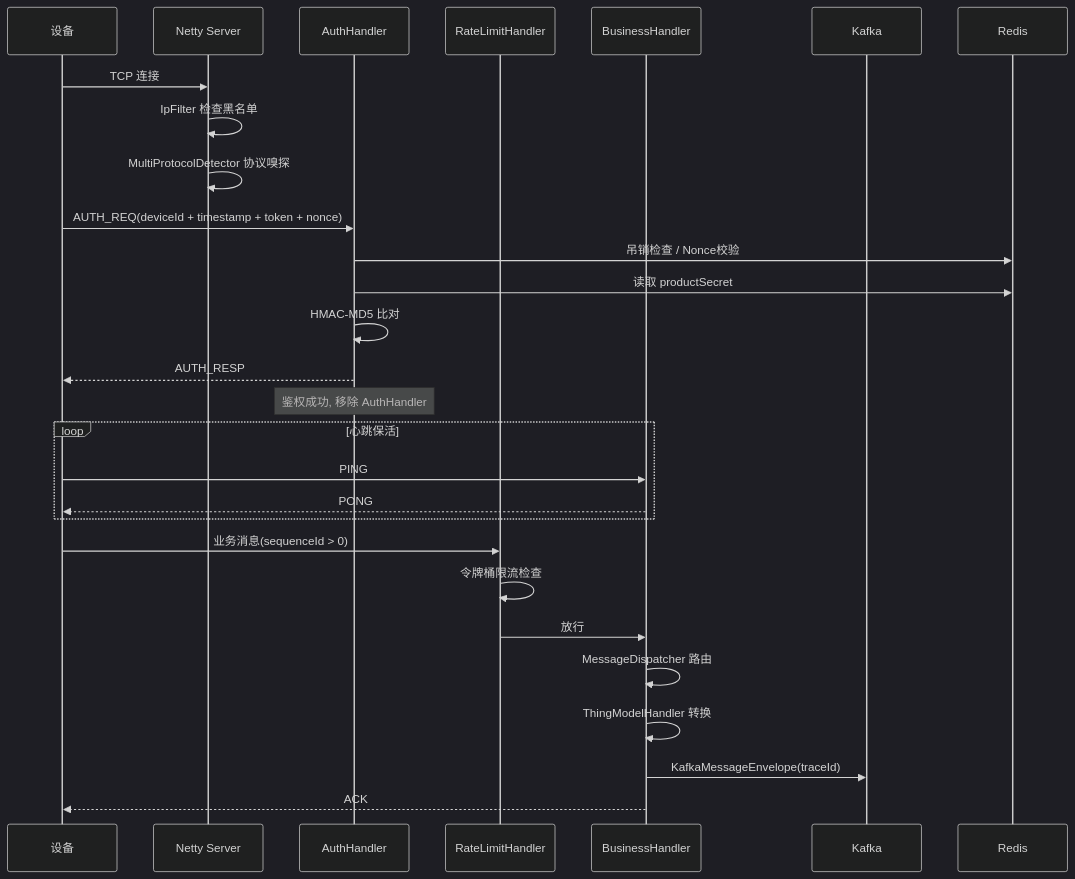
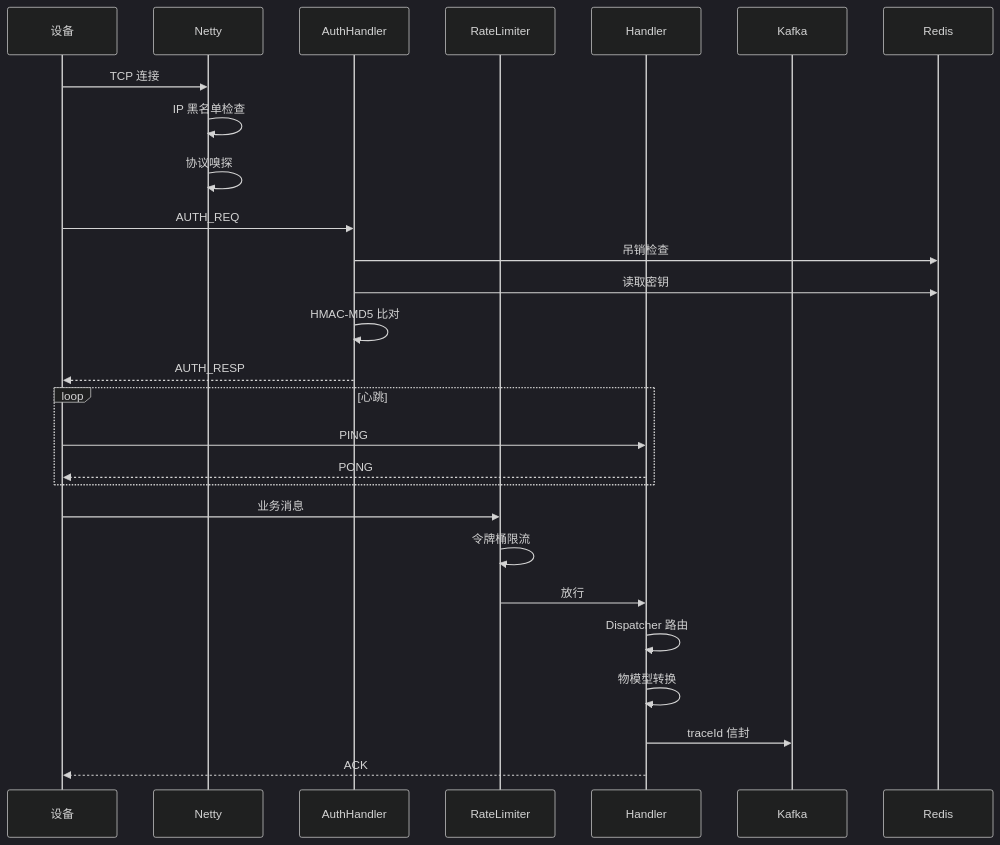
The second of 3 diagrams in README.md (xieshuang/device_server), drawn with Mermaid (dark theme) before and after one commit. The commit also changed other lines of this file, not shown here.

First line of the commit message:
fix: Mermaid架构图兼容性修复

````diff
--- a/README.md
+++ b/README.md
@@ -73,33 +67,32 @@
 ```mermaid
 sequenceDiagram
     participant D as 设备
-    participant N as Netty Server
+    participant N as Netty
     participant A as AuthHandler
-    participant R as RateLimitHandler
-    participant H as BusinessHandler
+    participant R as RateLimiter
+    participant H as Handler
     participant K as Kafka
     participant Re as Redis
 
     D->>N: TCP 连接
-    N->>N: IpFilter 检查黑名单
-    N->>N: MultiProtocolDetector 协议嗅探
-    D->>A: AUTH_REQ(deviceId + timestamp + token + nonce)
-    A->>Re: 吊销检查 / Nonce校验
-    A->>Re: 读取 productSecret
+    N->>N: IP 黑名单检查
+    N->>N: 协议嗅探
+    D->>A: AUTH_REQ
+    A->>Re: 吊销检查
+    A->>Re: 读取密钥
     A->>A: HMAC-MD5 比对
     A-->>D: AUTH_RESP
-    Note over A: 鉴权成功, 移除 AuthHandler
 
-    loop 心跳保活
+    loop 心跳
         D->>H: PING
         H-->>D: PONG
     end
 
-    D->>R: 业务消息(sequenceId > 0)
-    R->>R: 令牌桶限流检查
+    D->>R: 业务消息
+    R->>R: 令牌桶限流
     R->>H: 放行
-    H->>H: MessageDispatcher 路由
-    H->>H: ThingModelHandler 转换
-    H->>K: KafkaMessageEnvelope(traceId)
+    H->>H: Dispatcher 路由
+    H->>H: 物模型转换
+    H->>K: traceId 信封
     H-->>D: ACK
 ```
````
